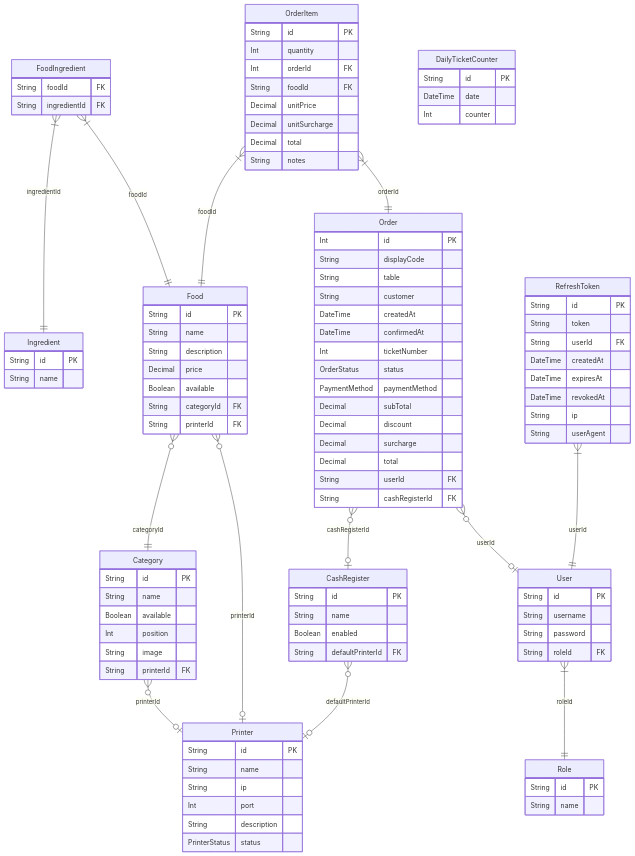
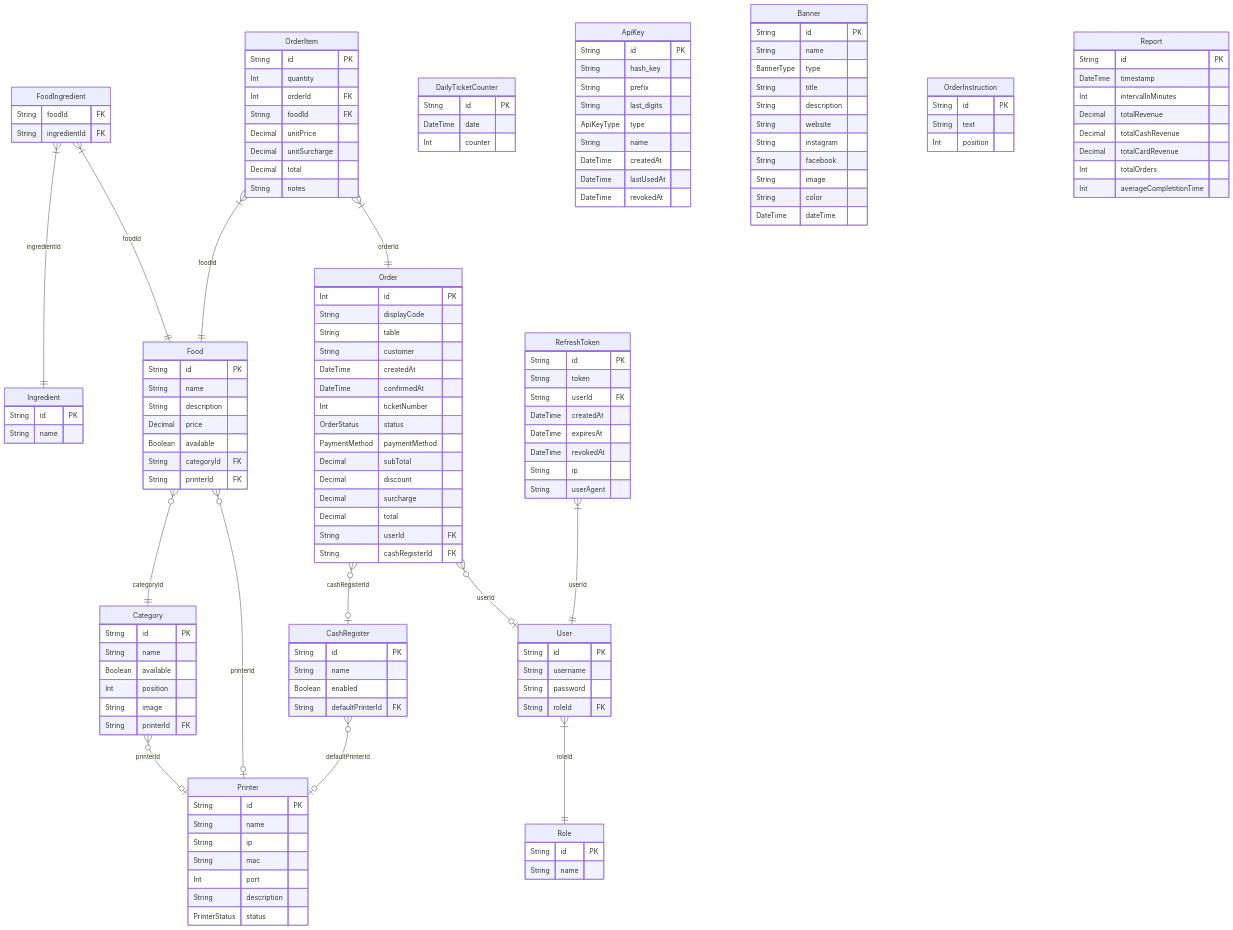
One commit to MySagra/docs changed the diagram in content/database.mdx. Above: the diagram before and after it, drawn with Mermaid. The commit also changed other lines of this file and 15 other files, not shown here.

```diff
--- a/content/database.mdx
+++ b/content/database.mdx
@@ -87,6 +87,7 @@
         String id PK
         String name
         String ip
+        String mac
         Int port
         String description
         PrinterStatus status
@@ -96,6 +97,45 @@
         String name
         Boolean enabled
         String defaultPrinterId FK
+    }
+    ApiKey {
+        String id PK
+        String hash_key
+        String prefix
+        String last_digits
+        ApiKeyType type
+        String name
+        DateTime createdAt
+        DateTime lastUsedAt
+        DateTime revokedAt
+    }
+    Banner {
+        String id PK
+        String name
+        BannerType type
+        String title
+        String description
+        String website
+        String instagram
+        String facebook
+        String image
+        String color
+        DateTime dateTime
+    }
+    OrderInstruction {
+        String id PK
+        String text
+        Int position
+    }
+    Report {
+        String id PK
+        DateTime timestamp
+        Int intervalInMinutes
+        Decimal totalRevenue
+        Decimal totalCashRevenue
+        Decimal totalCardRevenue
+        Int totalOrders
+        Int averageCompletitionTime
     }
 
     Category }o--o| Printer : "printerId"
```
